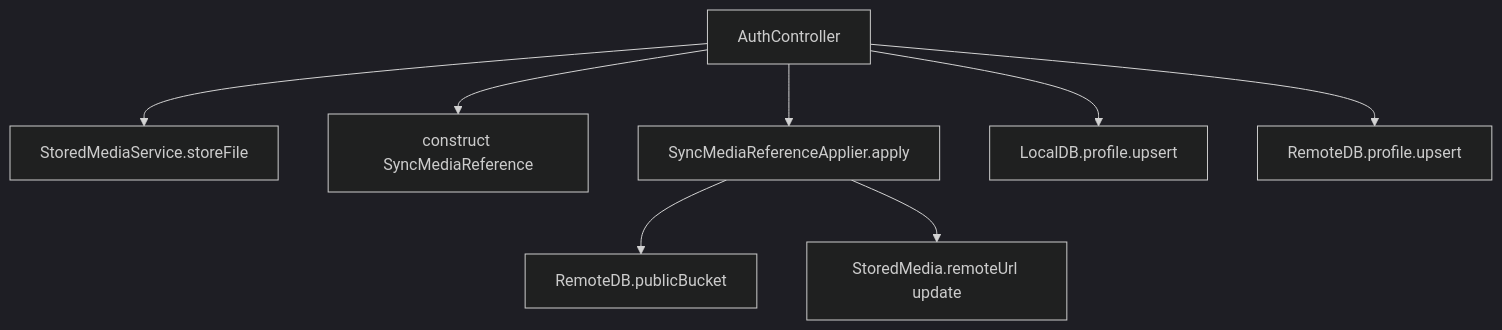
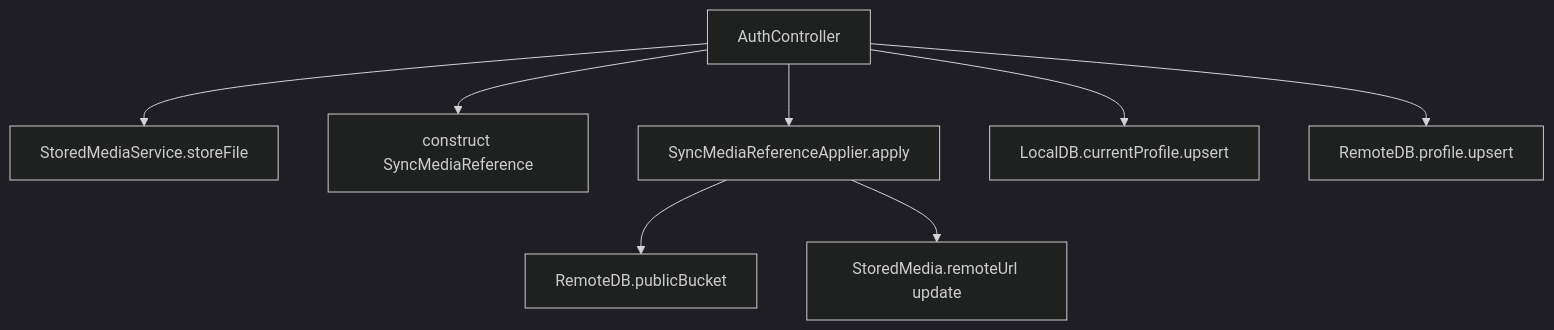
One commit to GuyWithBag/boo_mondai changed the eighth of 18 diagrams in documentation/refactor/stored_media_sync_refactor_graphs.md. Above: the diagram before and after it, drawn with Mermaid (dark theme). The commit also changed other lines of this file and 17 other files, not shown here.

````diff
--- a/documentation/refactor/stored_media_sync_refactor_graphs.md
+++ b/documentation/refactor/stored_media_sync_refactor_graphs.md
@@ -212,12 +212,12 @@
 ```mermaid
 flowchart TD
     AuthController["AuthController"]
 
     AuthController --> StoreFile["StoredMediaService.storeFile"]
     AuthController --> BuildReference["construct SyncMediaReference<Profile>"]
     AuthController --> ApplyUpload["SyncMediaReferenceApplier.apply"]
-    AuthController --> LocalProfile["LocalDB.profile.upsert"]
+    AuthController --> LocalProfile["LocalDB.currentProfile.upsert"]
     AuthController --> RemoteProfile["RemoteDB.profile.upsert"]
     ApplyUpload --> PublicBucket["RemoteDB.publicBucket"]
     ApplyUpload --> StoredMedia["StoredMedia.remoteUrl update"]
 ```
````
